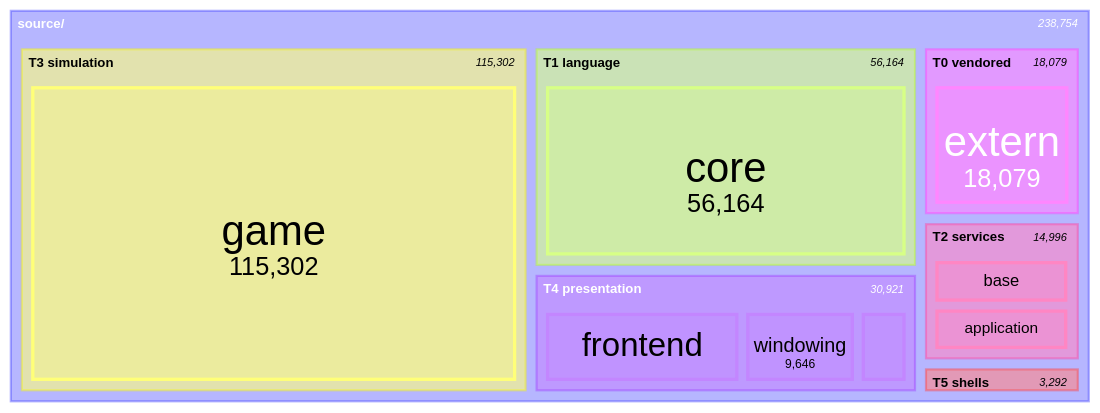
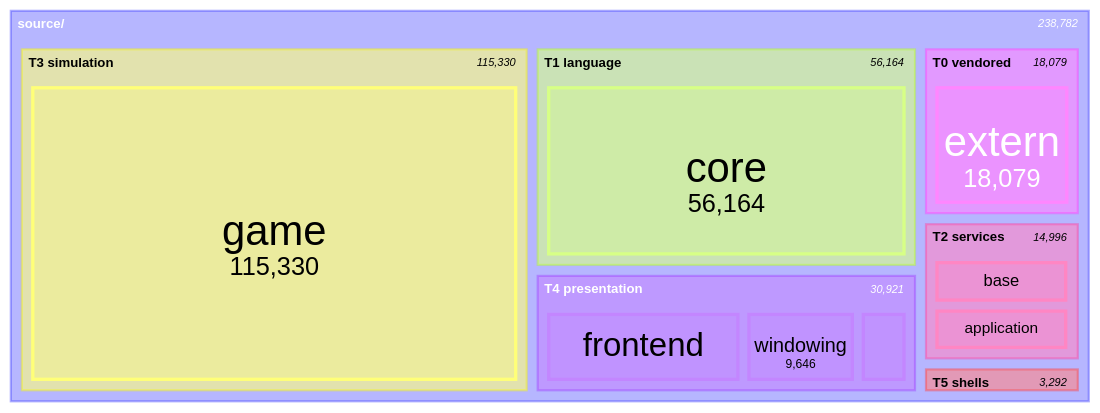
One commit to apnex/OpenStarbound changed the seventh of 11 diagrams in docs/architecture/system-boundaries.md. Above: the diagram before and after it, drawn with Mermaid. The commit also changed other lines of this file and 2 other files, not shown here.

````diff
--- a/docs/architecture/system-boundaries.md
+++ b/docs/architecture/system-boundaries.md
@@ -577,21 +577,21 @@
 ```mermaid
 treemap-beta
 "source/"
     "T0 vendored"
         "extern": 18079
     "T1 language"
         "core": 56164
     "T2 services"
         "base": 7464
         "application": 7390
         "platform": 142
     "T3 simulation"
-        "game": 115302
+        "game": 115330
     "T4 presentation"
         "frontend": 16861
         "windowing": 9646
         "rendering": 4414
     "T5 shells"
         "client": 2509
         "server": 783
 ```
````
